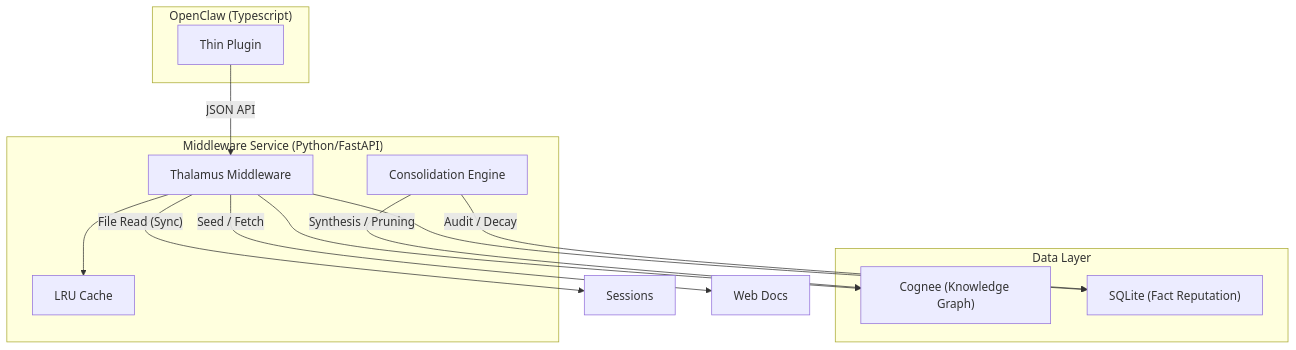
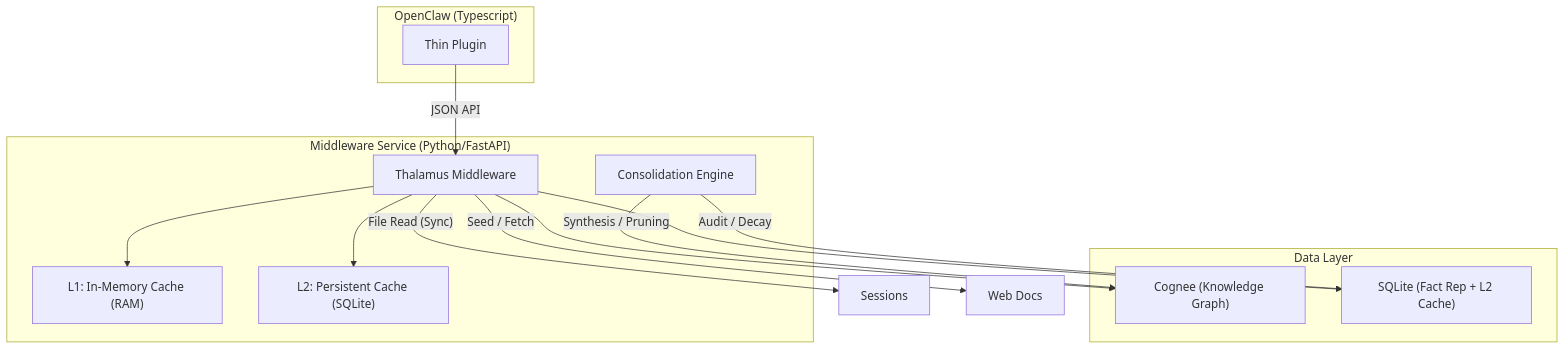
One commit to JuanHuaXu/thalamus changed the first of 2 diagrams in docs/architecture.md. Above: the diagram before and after it, drawn with Mermaid. The commit also changed other lines of this file and 10 other files, not shown here.

````diff
--- a/docs/architecture.md
+++ b/docs/architecture.md
@@ -11,26 +11,28 @@
 ```mermaid
 graph TD
     subgraph "OpenClaw (Typescript)"
         OC_P["Thin Plugin"]
     end
     
     subgraph "Middleware Service (Python/FastAPI)"
         MW["Thalamus Middleware"]
-        Cache["LRU Cache"]
+        L1["L1: In-Memory Cache (RAM)"]
+        L2["L2: Persistent Cache (SQLite)"]
         Consol["Consolidation Engine"]
     end
     
     subgraph "Data Layer"
         CG["Cognee (Knowledge Graph)"]
-        SL["SQLite (Fact Reputation)"]
+        SL["SQLite (Fact Rep + L2 Cache)"]
     end
 
     OC_P -- "JSON API" --> MW
     MW -- "File Read (Sync)" --> Sessions
-    MW --> Cache
+    MW --> L1
+    MW --> L2
     MW -- "Seed / Fetch" --> Web["Web Docs"]
     MW --> CG
     MW --> SL
     Consol -- "Synthesis / Pruning" --> CG
     Consol -- "Audit / Decay" --> SL
 ```
````
